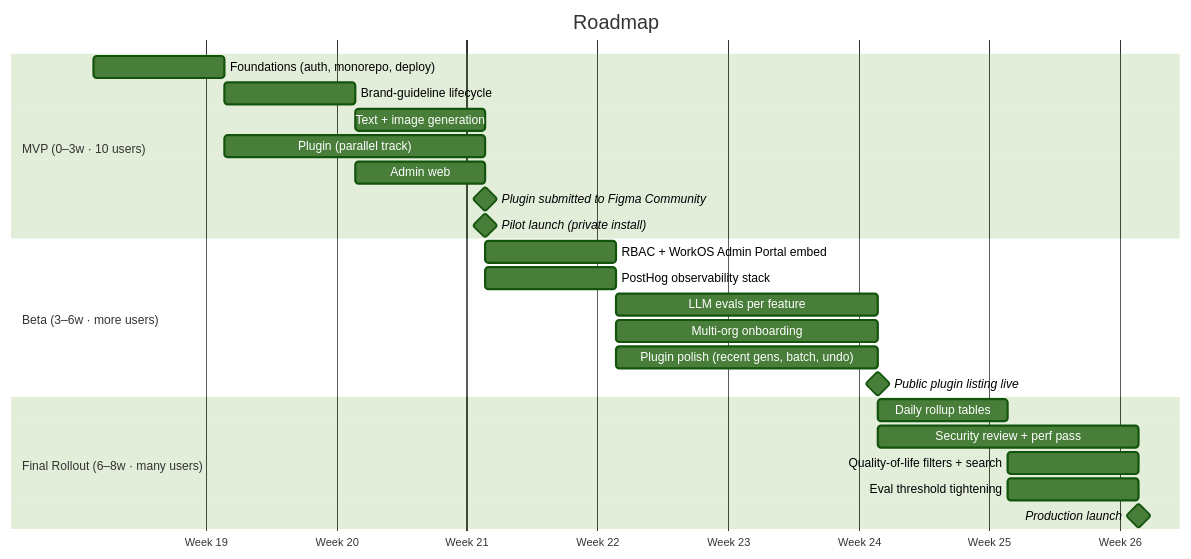
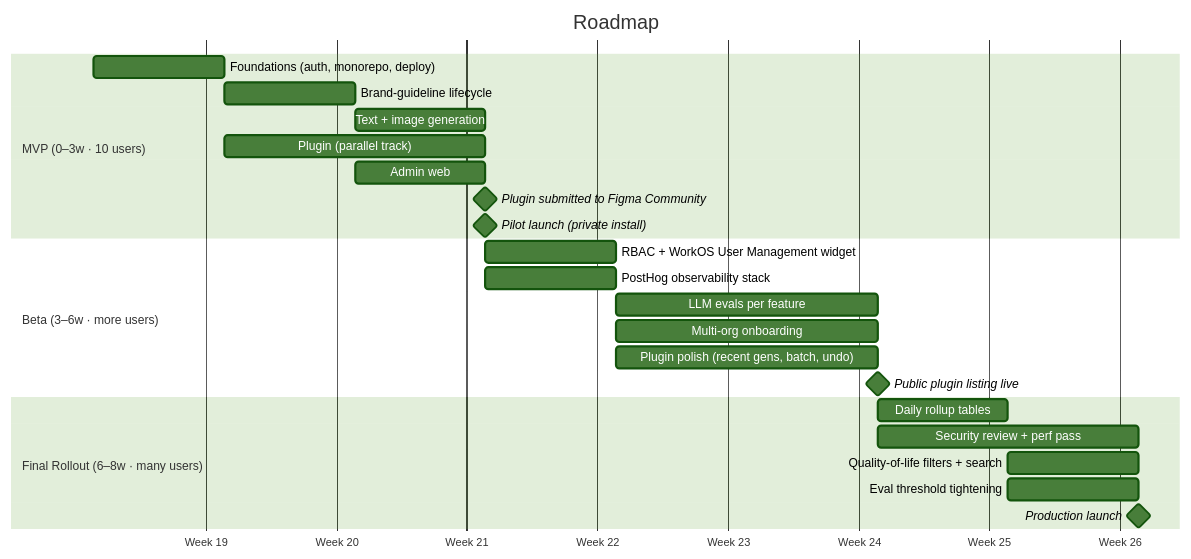
Before and after one commit to josorio7122/superside-assessment: the diagram in roadmap.md, drawn with Mermaid (forest theme). The commit also changed other lines of this file and 17 other files, not shown here.

````diff
--- a/roadmap.md
+++ b/roadmap.md
@@ -220,30 +223,30 @@
 ```mermaid
 gantt
     title Roadmap
     dateFormat  YYYY-MM-DD
     axisFormat  Week %V
 
     section MVP (0–3w · 10 users)
     Foundations (auth, monorepo, deploy)        :a1, 2026-05-04, 1w
     Brand-guideline lifecycle                   :a2, after a1, 1w
     Text + image generation                     :a3, after a2, 1w
     Plugin (parallel track)                     :a4, 2026-05-11, 2w
     Admin web                                   :a5, after a2, 1w
     Plugin submitted to Figma Community         :milestone, after a3, 0d
     Pilot launch (private install)              :milestone, after a3, 0d
 
     section Beta (3–6w · more users)
-    RBAC + WorkOS Admin Portal embed            :b1, after a3, 1w
+    RBAC + WorkOS User Management widget        :b1, after a3, 1w
     PostHog observability stack                 :b2, after a3, 1w
     LLM evals per feature                       :b3, after b1, 2w
     Multi-org onboarding                        :b4, after b1, 2w
     Plugin polish (recent gens, batch, undo)    :b5, after b1, 2w
     Public plugin listing live                  :milestone, after b3, 0d
 
     section Final Rollout (6–8w · many users)
     Daily rollup tables                         :c1, after b3, 1w
     Security review + perf pass                 :c2, after b3, 2w
     Quality-of-life filters + search            :c3, after c1, 1w
     Eval threshold tightening                   :c4, after c1, 1w
     Production launch                           :milestone, after c2, 0d
 ```
````
